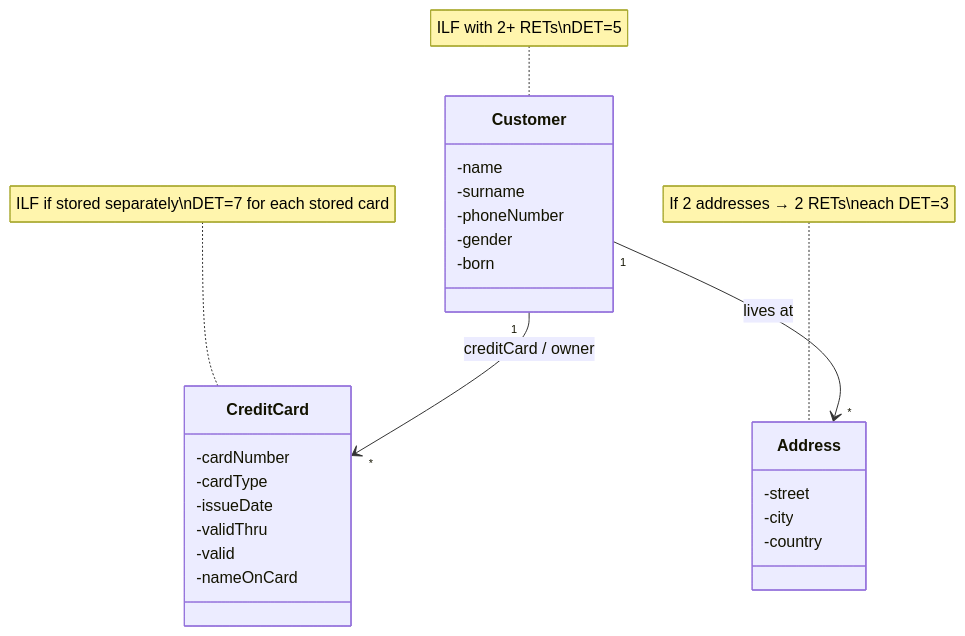
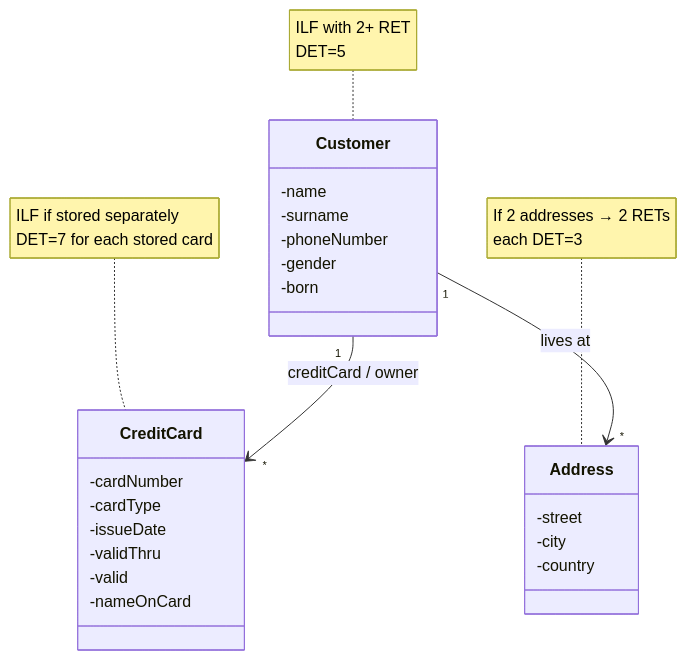
Before and after one commit to msdbok/msdbok.github.io: the fifth of 11 diagrams in content/scope/estimates/fpa_explained.md, drawn with Mermaid. The commit also changed other lines of this file, not shown here.

````diff
--- a/content/scope/estimates/fpa_explained.md
+++ b/content/scope/estimates/fpa_explained.md
@@ -100,29 +98,29 @@
 ```mermaid
 classDiagram
 class Customer {
   -name
   -surname
   -phoneNumber
   -gender
   -born
 }
 class CreditCard {
   -cardNumber
   -cardType
   -issueDate
   -validThru
   -valid
   -nameOnCard
 }
 class Address {
   -street
   -city
   -country
 }
 Customer "1" --> "*" CreditCard : creditCard / owner
 Customer "1" --> "*" Address : lives at
 
-note for Customer "ILF with 2+ RETs\nDET=5"
-note for Address "If 2 addresses → 2 RETs\neach DET=3"
-note for CreditCard "ILF if stored separately\nDET=7 for each stored card"
+note for Customer "ILF with 2+ RET<br>DET=5"
+note for Address "If 2 addresses → 2 RETs<br>each DET=3"
+note for CreditCard "ILF if stored separately<br>DET=7 for each stored card"
 ```
````
